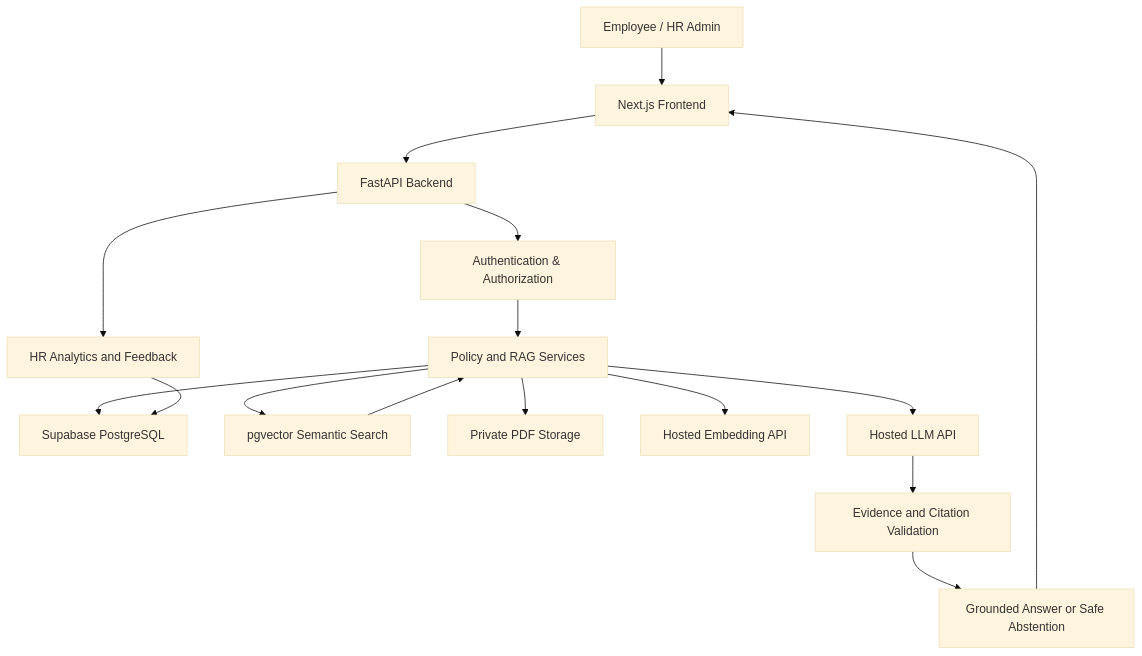
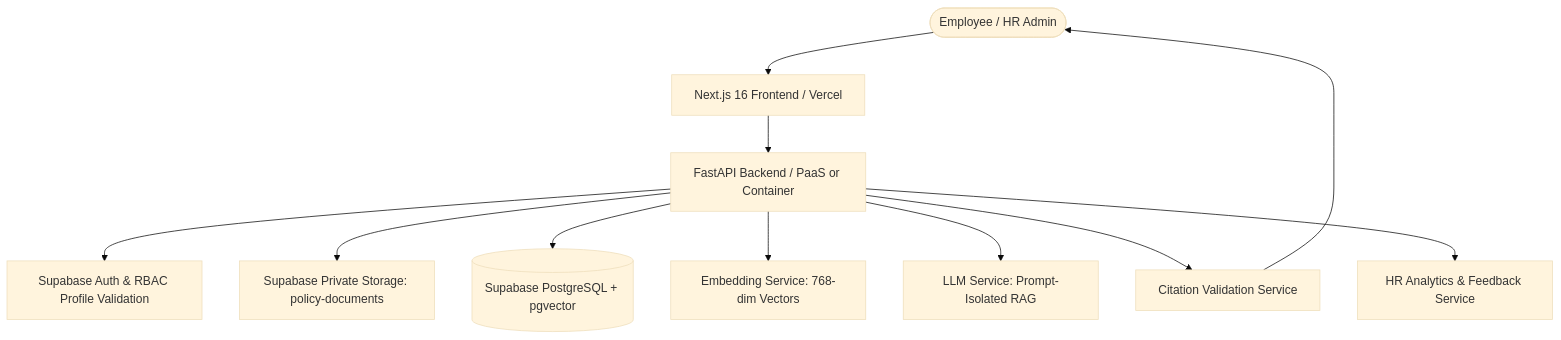
Before and after one commit to nidhi041/PolicyPilot: the first of 2 diagrams in Readme.md, drawn with Mermaid (base theme). The commit also changed other lines of this file and 1 other file, not shown here.

Commit message:
docs: finalize architecture, workflows, setup, and deployment in README

````diff
--- a/Readme.md
+++ b/Readme.md
@@ -28,18 +12,13 @@
 ```mermaid
 flowchart TD
-    A[Employee / HR Admin] --> B[Next.js Frontend]
-    B --> C[FastAPI Backend]
-    C --> D[Authentication & Authorization]
-    D --> E[Policy and RAG Services]
-    E --> F[Supabase PostgreSQL]
-    E --> G[pgvector Semantic Search]
-    E --> H[Private PDF Storage]
-    E --> I[Hosted Embedding API]
-    E --> J[Hosted LLM API]
-    G --> E
-    J --> K[Evidence and Citation Validation]
-    K --> L[Grounded Answer or Safe Abstention]
-    L --> B
-    C --> M[HR Analytics and Feedback]
-    M --> F
+    User([Employee / HR Admin]) --> Frontend[Next.js 16 Frontend / Vercel]
+    Frontend --> Backend[FastAPI Backend / PaaS or Container]
+    Backend --> Auth[Supabase Auth & RBAC Profile Validation]
+    Backend --> Storage[Supabase Private Storage: policy-documents]
+    Backend --> DB[(Supabase PostgreSQL + pgvector)]
+    Backend --> Embed[Embedding Service: 768-dim Vectors]
+    Backend --> LLM[LLM Service: Prompt-Isolated RAG]
+    Backend --> Citations[Citation Validation Service]
+    Backend --> Analytics[HR Analytics & Feedback Service]
+    Citations --> User
 ```
````
